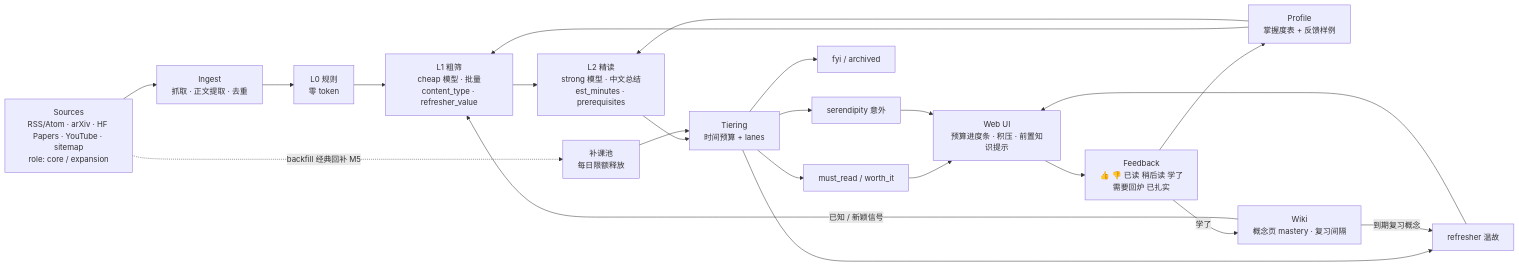
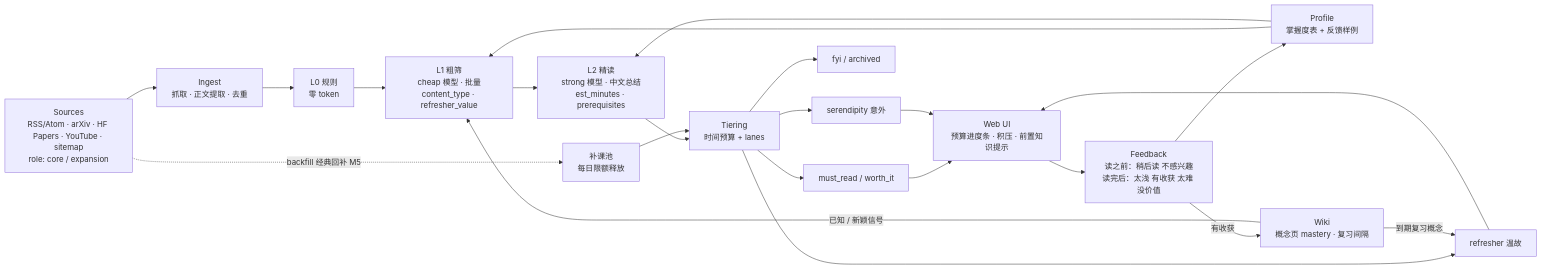
The diagram in docs/design.md (chai-yinfeng/2ndBrain), drawn with Mermaid before and after one commit. The commit also changed other lines of this file and 51 other files, not shown here.

````diff
--- a/docs/design.md
+++ b/docs/design.md
@@ -11,24 +11,24 @@
 ```mermaid
 flowchart LR
     S[Sources<br/>RSS/Atom · arXiv · HF Papers · YouTube · sitemap<br/>role: core / expansion] --> I[Ingest<br/>抓取 · 正文提取 · 去重]
     S -. backfill 经典回补 M5 .-> BF[补课池<br/>每日限额释放]
     I --> L0[L0 规则<br/>零 token]
     L0 --> L1[L1 粗筛<br/>cheap 模型 · 批量<br/>content_type · refresher_value]
     L1 --> L2[L2 精读<br/>strong 模型 · 中文总结<br/>est_minutes · prerequisites]
     L2 --> T[Tiering<br/>时间预算 + lanes]
     BF --> T
     T --> MR[must_read / worth_it]
     T --> RF[refresher 温故]
     T --> SE[serendipity 意外]
     T --> FY[fyi / archived]
     MR --> W[Web UI<br/>预算进度条 · 积压 · 前置知识提示]
     RF --> W
     SE --> W
-    W --> F[Feedback<br/>👍 👎 已读 稍后读 学了<br/>需要回炉 已扎实]
+    W --> F[Feedback<br/>读之前：稍后读 不感兴趣<br/>读完后：太浅 有收获 太难 没价值]
     F --> P[Profile<br/>掌握度表 + 反馈样例]
     P --> L1
     P --> L2
-    F -- 学了 --> K[Wiki<br/>概念页 mastery · 复习间隔]
+    F -- 有收获 --> K[Wiki<br/>概念页 mastery · 复习间隔]
     K -- 已知 / 新颖信号 --> L1
     K -- 到期复习概念 --> RF
 ```
````
